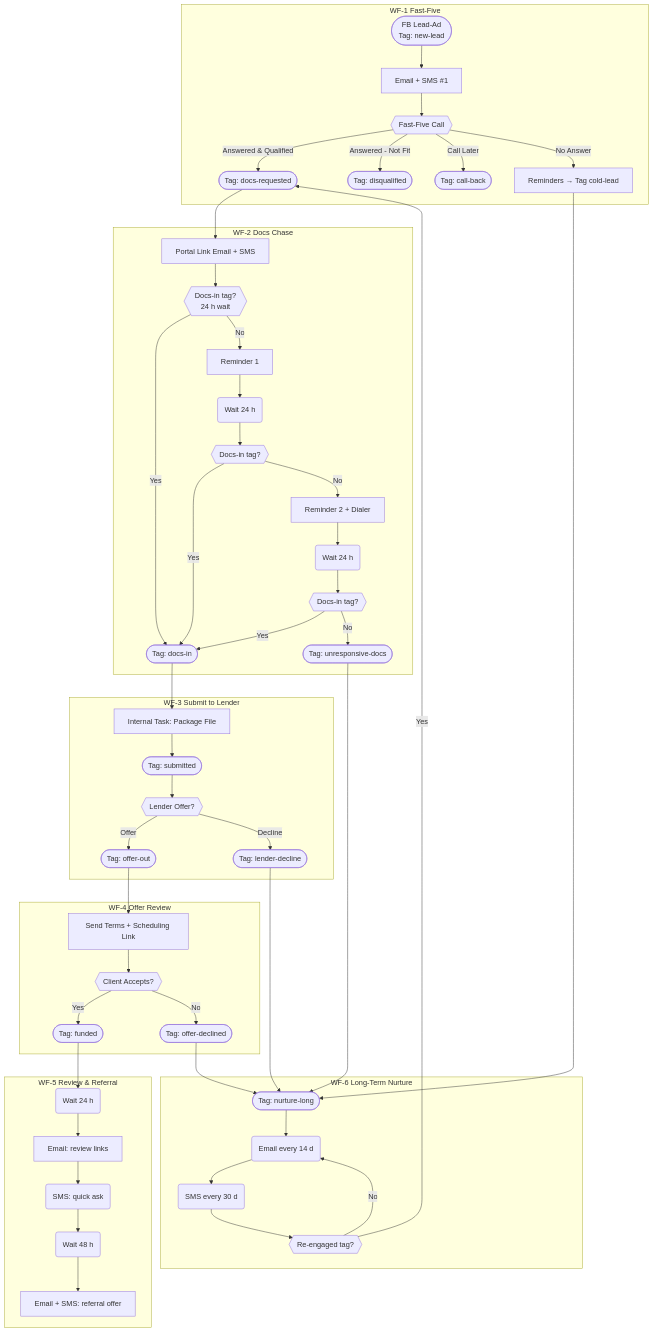
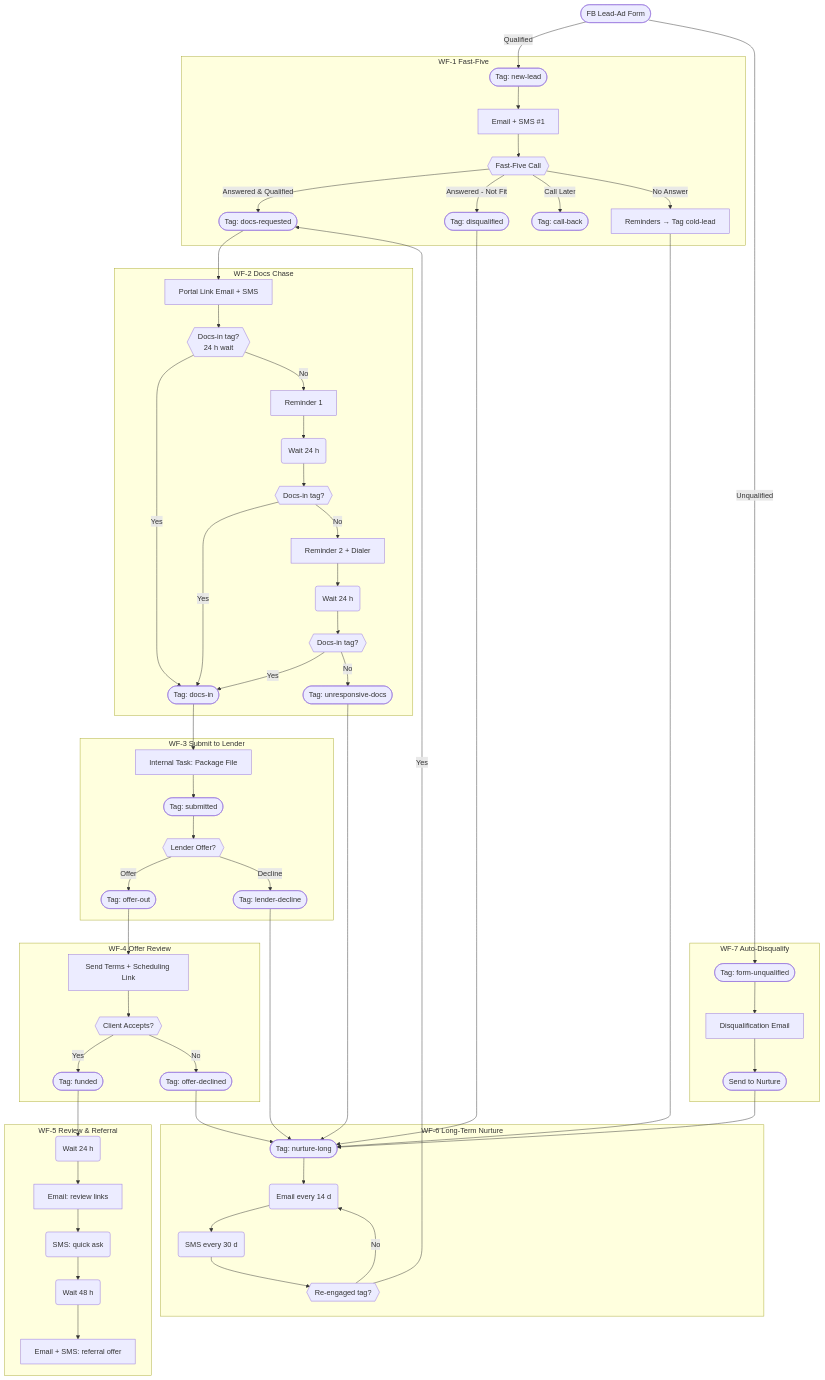
Before and after one commit to nidty719/nexli-ghl-workflows: the diagram in readme.md, drawn with Mermaid. The commit also changed other lines of this file and 4 other files, not shown here.

Commit message:
update flows

````diff
--- a/readme.md
+++ b/readme.md
@@ -79,64 +81,78 @@
 ```mermaid
-graph
+
+graph TD;
+    %% ---------- LEAD ENTRY POINT ----------
+    Z1([FB Lead-Ad Form])
+    Z1 -->|Qualified| A1([Tag: new-lead])
+    Z1 -->|Unqualified| A0([Tag: form-unqualified])
+    
+    %% ---------- WF-7 AUTO-DISQUALIFY ----------
+    subgraph AutoDisqualify["WF-7 Auto-Disqualify"]
+        A0 --> A0a[Disqualification Email]
+        A0a --> A0b([Send to Nurture])
+    end
+    
     %% ---------- WF-1 FAST-FIVE ----------
     subgraph FastFive["WF-1 Fast-Five"]
-        A1([FB Lead-Ad<br/>Tag: new-lead])
         A1 --> A2[Email + SMS #1]
         A2 --> A3{{Fast-Five Call}}
         A3 -->|Answered & Qualified| A5([Tag: docs-requested])
         A3 -->|Answered - Not Fit| A6([Tag: disqualified])
         A3 -->|Call Later| A7([Tag: call-back])
         A3 -->|No Answer| A9[Reminders → Tag cold-lead]
     end
 
     %% ---------- WF-2 DOCS CHASE ----------
     subgraph DocsChase["WF-2 Docs Chase"]
         A5 --> B1[Portal Link Email + SMS]
         B1 --> B2{{Docs-in tag?<br/>24 h wait}}
         B2 -->|Yes| B8([Tag: docs-in])
         B2 -->|No| R1[Reminder 1] --> W1(Wait 24 h) --> B3{{Docs-in tag?}}
         B3 -->|Yes| B8
         B3 -->|No| R2[Reminder 2 + Dialer] --> W2(Wait 24 h) --> B4{{Docs-in tag?}}
         B4 -->|Yes| B8
         B4 -->|No| B5([Tag: unresponsive-docs])
     end
 
     %% ---------- WF-3 SUBMIT TO LENDER ----------
     subgraph Submit["WF-3 Submit to Lender"]
         B8 --> C1[Internal Task: Package File]
         C1 --> C2([Tag: submitted])
         C2 --> C3{{Lender Offer?}}
         C3 -->|Offer| C4([Tag: offer-out])
         C3 -->|Decline| C5([Tag: lender-decline])
     end
 
     %% ---------- WF-4 OFFER REVIEW ----------
     subgraph OfferReview["WF-4 Offer Review"]
         C4 --> D1[Send Terms + Scheduling Link]
         D1 --> D2{{Client Accepts?}}
         D2 -->|Yes| D3([Tag: funded])
         D2 -->|No| D4([Tag: offer-declined])
     end
 
     %% ---------- WF-5 REVIEW & REFERRAL ----------
     subgraph ReviewReq["WF-5 Review & Referral"]
         D3 --> E1(Wait 24 h)
         E1 --> E2[Email: review links]
         E2 --> E3(SMS: quick ask)
         E3 --> E4(Wait 48 h)
         E4 --> E5[Email + SMS: referral offer]
     end
 
     %% ---------- WF-6 LONG-TERM NURTURE ----------
     subgraph Nurture["WF-6 Long-Term Nurture"]
-        A9 --> N1([Tag: nurture-long])
+        A0b --> N1([Tag: nurture-long])
+        A6 --> N1
+        A9 --> N1
         B5 --> N1
         C5 --> N1
         D4 --> N1
         N1 --> N2(Email every 14 d)
         N2 --> N3(SMS every 30 d)
         N3 --> N4{{Re-engaged tag?}}
         N4 -->|Yes| A5
         N4 -->|No| N2
     end
+
 ```
````
